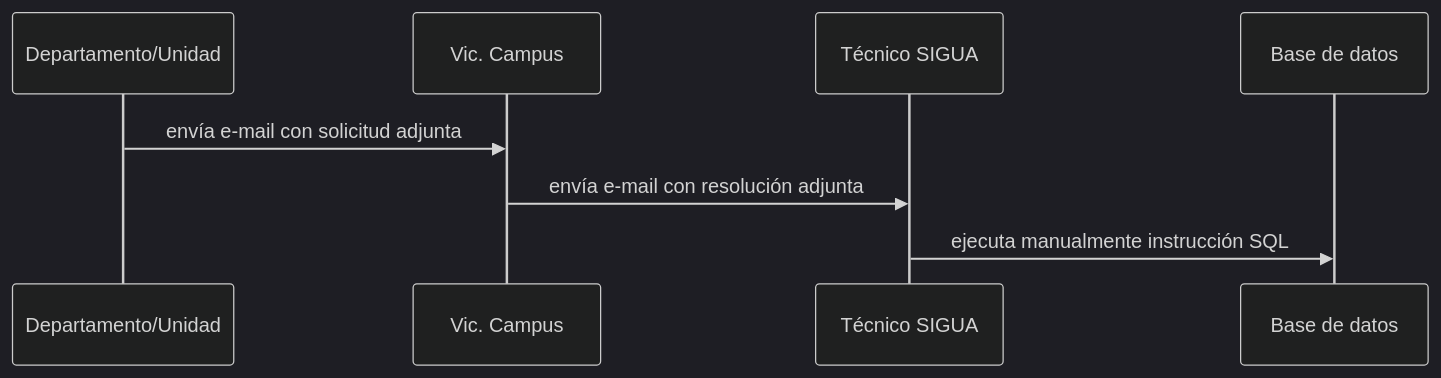
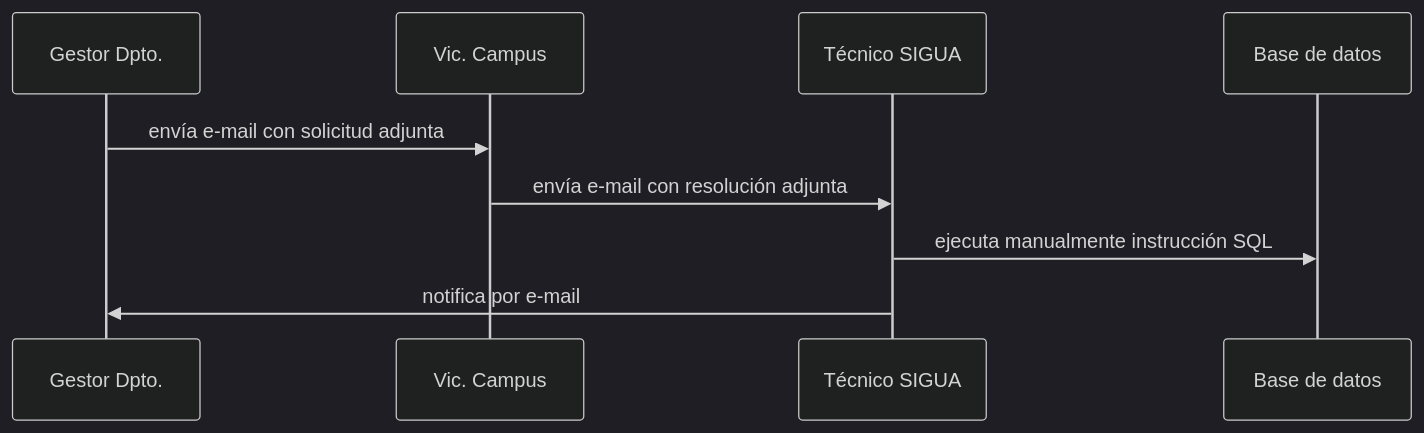
One commit to labgeo/ua-mods changed the diagram in ds02.md. Above: the diagram before and after it, drawn with Mermaid (dark theme).

```diff
--- a/ds02.md
+++ b/ds02.md
@@ -5,6 +5,7 @@
 {% mermaid %}
 sequenceDiagram;
-  Departamento/Unidad->>Vic. Campus: envía e-mail con solicitud adjunta;
+  Gestor Dpto.->>Vic. Campus: envía e-mail con solicitud adjunta;
   Vic. Campus->>Técnico SIGUA: envía e-mail con resolución adjunta;
   Técnico SIGUA->>Base de datos: ejecuta manualmente instrucción SQL;
+  Técnico SIGUA->>Gestor Dpto.: notifica por e-mail;
 {% endmermaid %}
```
